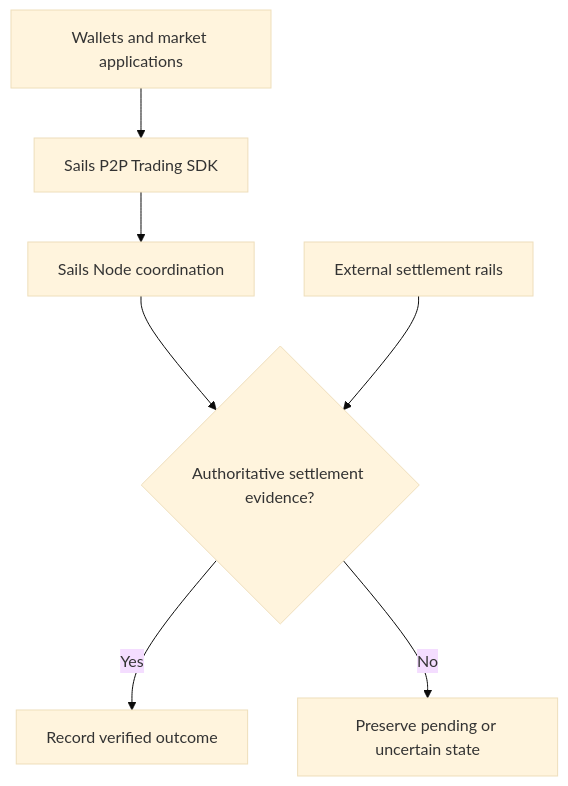
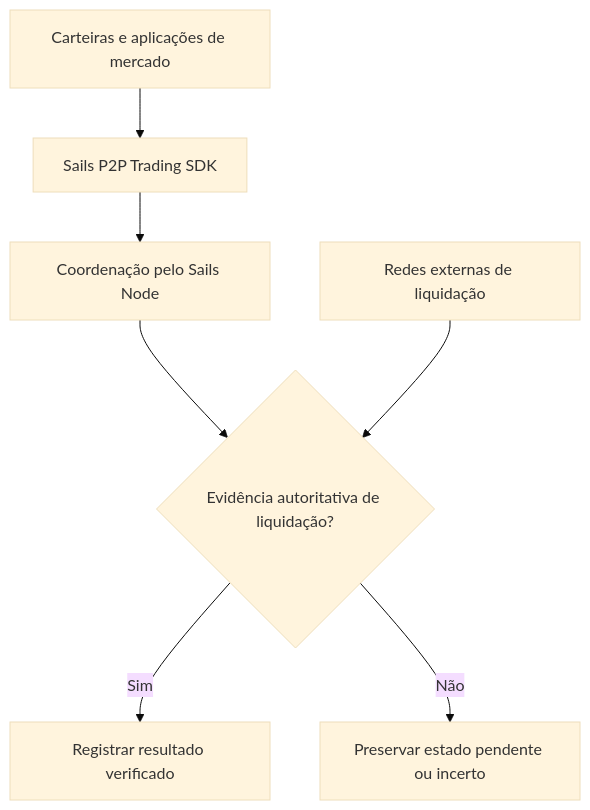
One commit to sails-protocol/Sails-Protocol-Blog changed the diagram in i18n/pt-BR/docusaurus-plugin-content-blog/08-economic-coordination-protocol.md. Above: the diagram before and after it, drawn with Mermaid (base theme).

Commit message:
fix(i18n): localize pt-BR economic coordination Mermaid labels

````diff
--- a/i18n/pt-BR/docusaurus-plugin-content-blog/08-economic-coordination-protocol.md
+++ b/i18n/pt-BR/docusaurus-plugin-content-blog/08-economic-coordination-protocol.md
@@ -59,9 +59,9 @@
 ```mermaid
 flowchart TD
-    A[Wallets and market applications] --> B[Sails P2P Trading SDK]
-    B --> C[Sails Node coordination]
-    C --> D{Authoritative settlement evidence?}
-    D -->|Yes| E[Record verified outcome]
-    D -->|No| F[Preserve pending or uncertain state]
-    G[External settlement rails] --> D
+    A[Carteiras e aplicações de mercado] --> B[Sails P2P Trading SDK]
+    B --> C[Coordenação pelo Sails Node]
+    C --> D{Evidência autoritativa de liquidação?}
+    D -->|Sim| E[Registrar resultado verificado]
+    D -->|Não| F[Preservar estado pendente ou incerto]
+    G[Redes externas de liquidação] --> D
 ```
````
